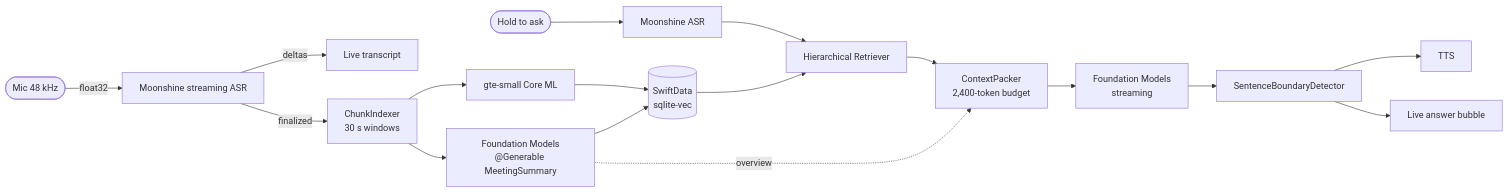
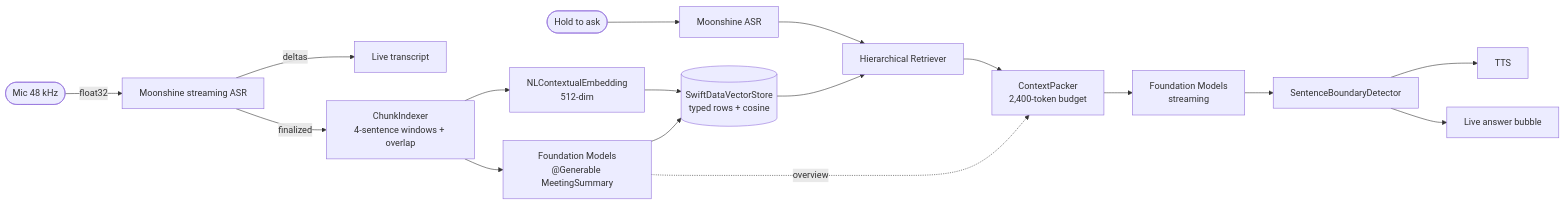
One commit to theaayushstha1/aftertalk changed the first of 3 diagrams in README.md. Above: the diagram before and after it, drawn with Mermaid. The commit also changed other lines of this file and 3 other files, not shown here.

````diff
--- a/README.md
+++ b/README.md
@@ -27,20 +27,20 @@
 ```mermaid
 flowchart LR
     mic([Mic 48 kHz]) -->|float32| asr[Moonshine streaming ASR]
     asr -->|deltas| ui1[Live transcript]
-    asr -->|finalized| chunker[ChunkIndexer<br/>30 s windows]
-    chunker --> embed[gte-small Core ML]
-    embed --> store[(SwiftData<br/>sqlite-vec)]
+    asr -->|finalized| chunker[ChunkIndexer<br/>4-sentence windows + overlap]
+    chunker --> embed[NLContextualEmbedding<br/>512-dim]
+    embed --> store[(SwiftDataVectorStore<br/>typed rows + cosine)]
     chunker --> sumgen[Foundation Models<br/>@Generable MeetingSummary]
     sumgen --> store
 
     user([Hold to ask]) --> asrq[Moonshine ASR]
     asrq --> retr[Hierarchical Retriever]
     store --> retr
     retr --> packer[ContextPacker<br/>2,400-token budget]
     sumgen -. overview .-> packer
     packer --> llm[Foundation Models<br/>streaming]
     llm --> sb[SentenceBoundaryDetector]
     sb --> tts[TTS]
     sb --> ui2[Live answer bubble]
 ```
````
